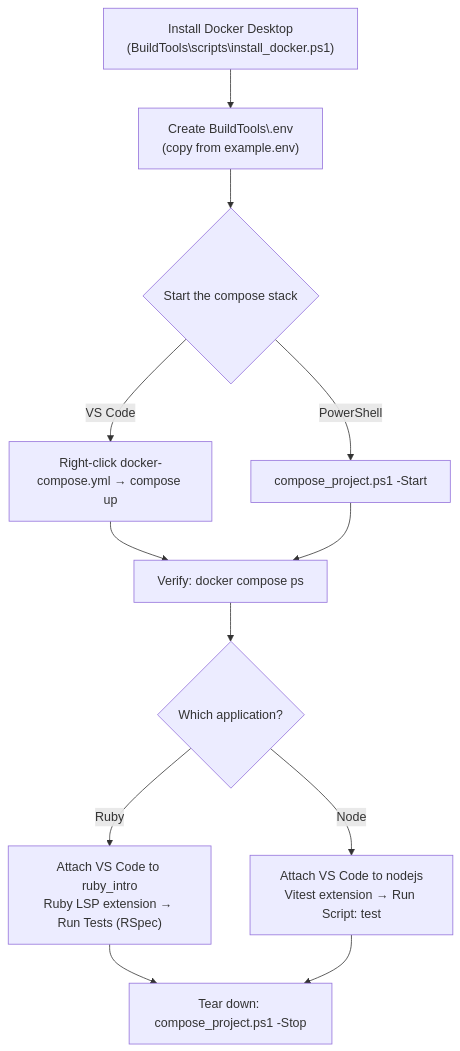
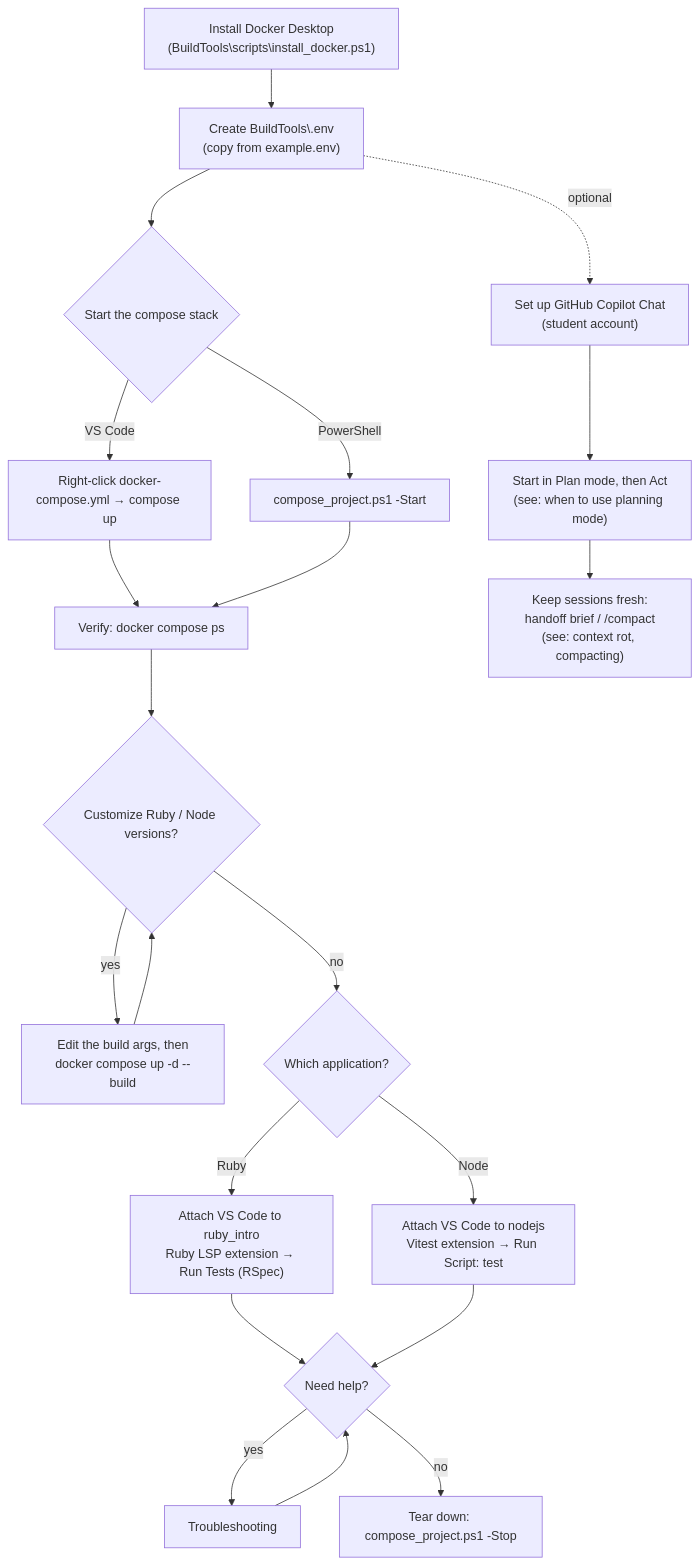
One commit to josev814/csc517-p1 changed the first of 2 diagrams in README.md. Above: the diagram before and after it, drawn with Mermaid. The commit also changed other lines of this file, not shown here.

First line of the commit message:
docs(readme): add table of contents, expanded workflow diagram, and Copilot/Chat guide

````diff
--- a/README.md
+++ b/README.md
@@ -14,14 +37,23 @@
 ```mermaid
 flowchart TD
     A["Install Docker Desktop<br/>(BuildTools\scripts\install_docker.ps1)"] --> B["Create BuildTools\.env<br/>(copy from example.env)"]
     B --> C{"Start the compose stack"}
     C -->|VS Code| D["Right-click docker-compose.yml → compose up"]
     C -->|PowerShell| E["compose_project.ps1 -Start"]
     D --> F["Verify: docker compose ps"]
     E --> F
-    F --> G{"Which application?"}
+    F --> K{"Customize Ruby / Node versions?"}
+    K -->|yes| L["Edit the build args, then<br/>docker compose up -d --build"]
+    L --> K
+    K -->|no| G{"Which application?"}
     G -->|Ruby| H["Attach VS Code to ruby_intro<br/>Ruby LSP extension → Run Tests (RSpec)"]
     G -->|Node| I["Attach VS Code to nodejs<br/>Vitest extension → Run Script: test"]
-    H --> J["Tear down: compose_project.ps1 -Stop"]
-    I --> J
+    H --> M{"Need help?"}
+    I --> M
+    M -->|yes| N["Troubleshooting"]
+    N --> M
+    M -->|no| J["Tear down: compose_project.ps1 -Stop"]
+    B -.->|optional| O["Set up GitHub Copilot Chat<br/>(student account)"]
+    O --> P["Start in Plan mode, then Act<br/>(see: when to use planning mode)"]
+    P --> Q["Keep sessions fresh:<br/>handoff brief / /compact<br/>(see: context rot, compacting)"]
 ```
````
